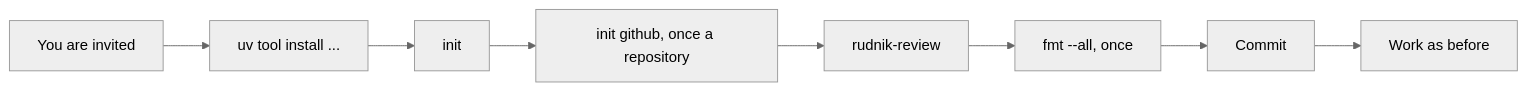
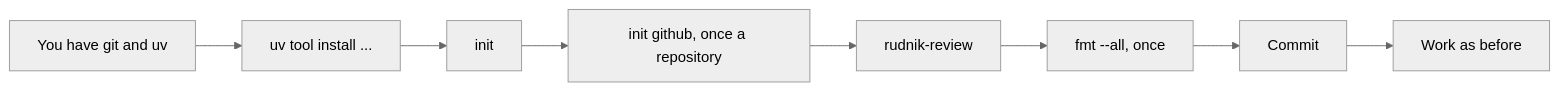
Before and after one commit to ivansttt/rudnik-review: the second of 3 diagrams in README.md, drawn with Mermaid (neutral theme). The commit also changed other lines of this file and 7 other files, not shown here.

````diff
--- a/README.md
+++ b/README.md
@@ -37,5 +37,5 @@
 ```mermaid
 flowchart LR
-  a[You are invited] --> b["uv tool install ..."] --> c[init] --> d["init github, once a repository"]
+  a[You have git and uv] --> b["uv tool install ..."] --> c[init] --> d["init github, once a repository"]
   d --> e[rudnik-review] --> f["fmt --all, once"] --> g[Commit] --> h[Work as before]
 ```
````
